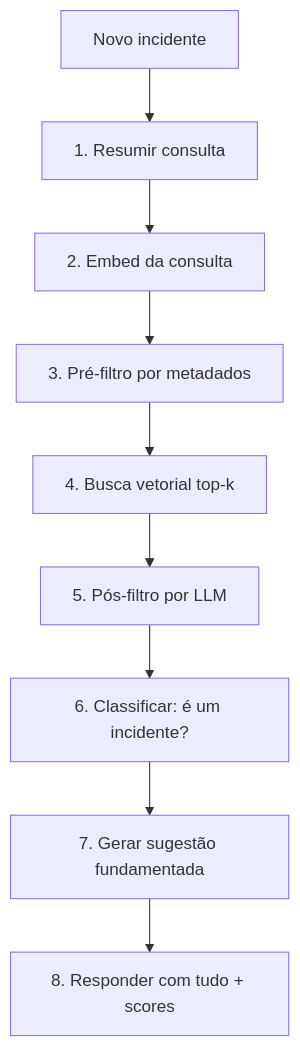
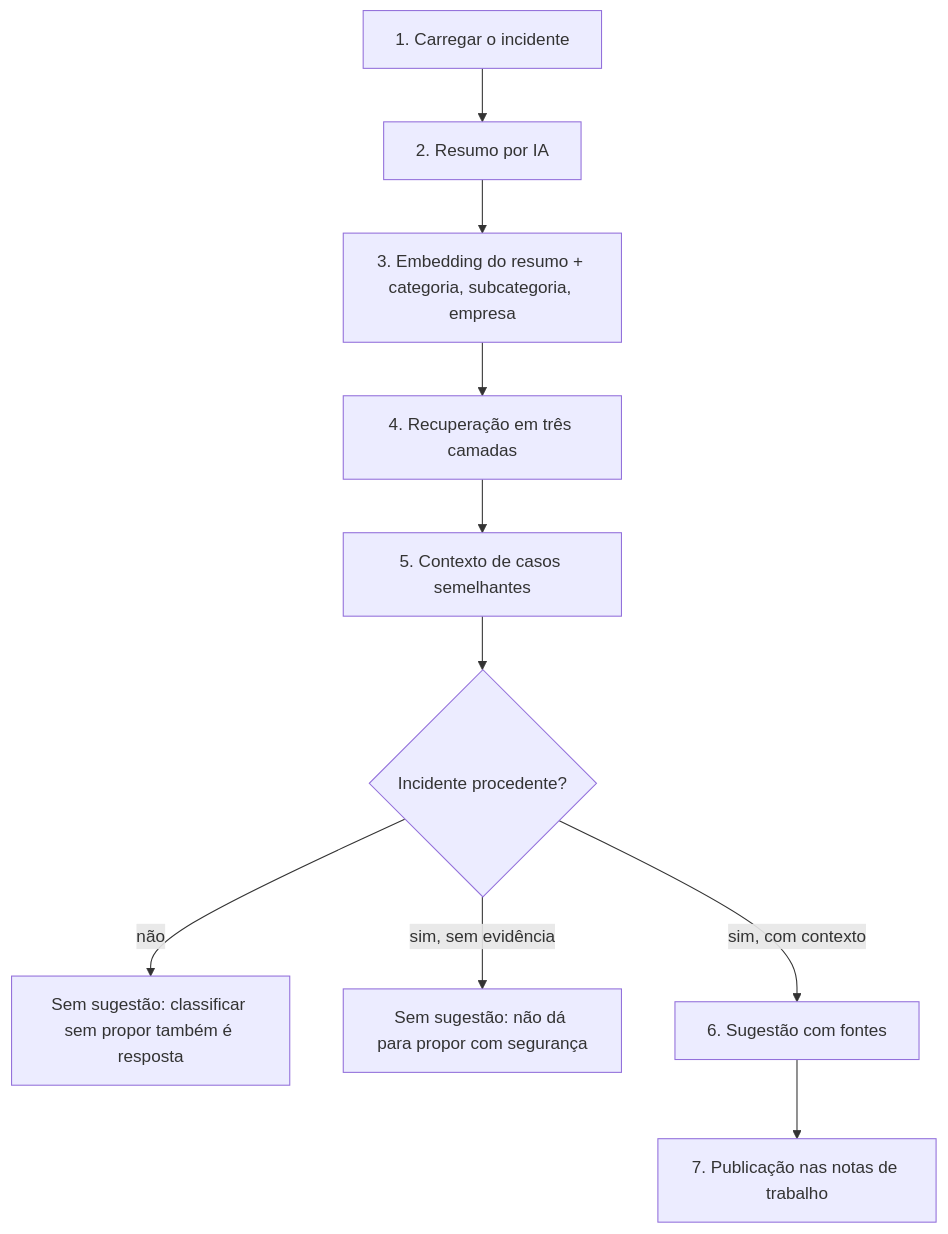
The diagram in docs/rag-flow.md (johnlaff/incident-sense), drawn with Mermaid before and after one commit. The commit also changed other lines of this file and 7 other files, not shown here.

````diff
--- a/docs/rag-flow.md
+++ b/docs/rag-flow.md
@@ -11,11 +19,12 @@
 ```mermaid
 flowchart TD
-    A[Novo incidente] --> B[1. Resumir consulta]
-    B --> C[2. Embed da consulta]
-    C --> D[3. Pré-filtro por metadados]
-    D --> E[4. Busca vetorial top-k]
-    E --> F[5. Pós-filtro por LLM]
-    F --> G[6. Classificar: é um incidente?]
-    G --> H[7. Gerar sugestão fundamentada]
-    H --> R[8. Responder com tudo + scores]
+    A[1. Carregar o incidente] --> B[2. Resumo por IA]
+    B --> C[3. Embedding do resumo + categoria, subcategoria, empresa]
+    C --> D[4. Recuperação em três camadas]
+    D --> E[5. Contexto de casos semelhantes]
+    E --> G{Incidente procedente?}
+    G -- não --> X[Sem sugestão: classificar sem propor também é resposta]
+    G -- sim, sem evidência --> Y[Sem sugestão: não dá para propor com segurança]
+    G -- sim, com contexto --> F[6. Sugestão com fontes]
+    F --> H[7. Publicação nas notas de trabalho]
 ```
````
